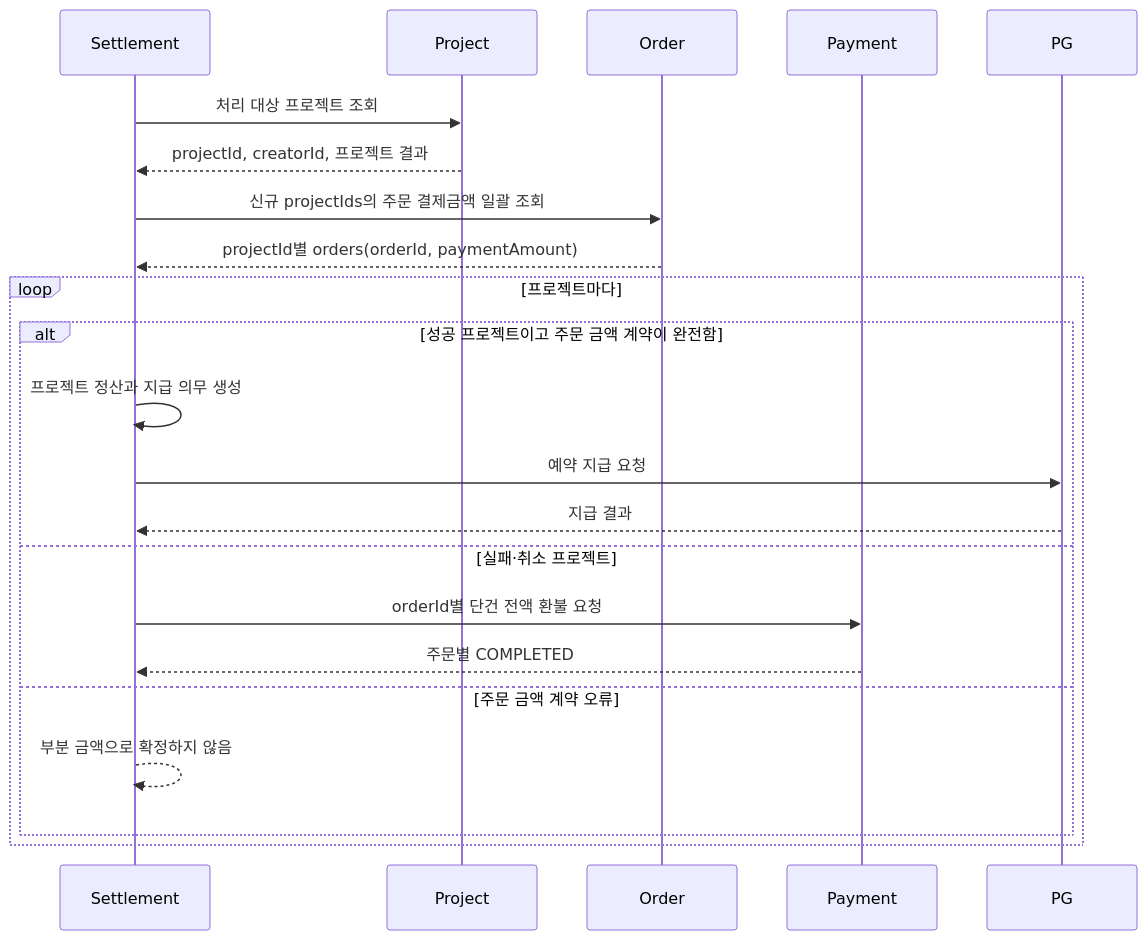
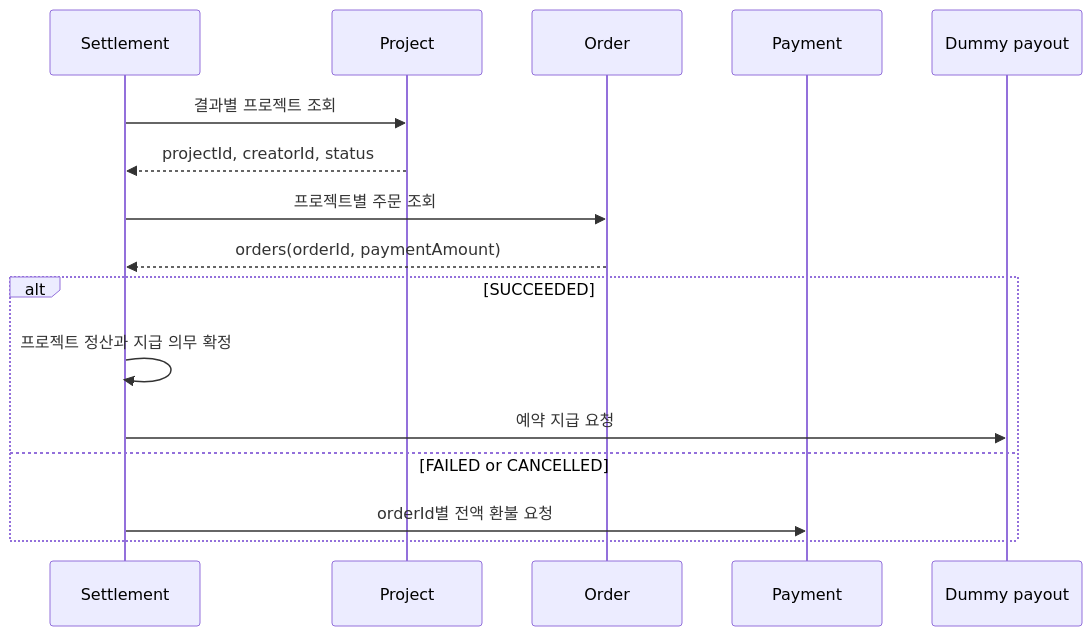
Before and after one commit to prgrms-be-adv-devcourse/beadv7_7_earlybird_BE: the diagram in settlement-service/README.md, drawn with Mermaid. The commit also changed other lines of this file, not shown here.

Commit message:
Docs: Settlement README 정리

````diff
--- a/settlement-service/README.md
+++ b/settlement-service/README.md
@@ -7,25 +14,19 @@
 ```mermaid
 sequenceDiagram
-    participant Settlement
-    participant Project
-    participant Order
-    participant Payment
-    participant PG
+    participant S as Settlement
+    participant P as Project
+    participant O as Order
+    participant Pay as Payment
+    participant PG as Dummy payout
 
-    Settlement->>Project: 처리 대상 프로젝트 조회
-    Project-->>Settlement: projectId, creatorId, 프로젝트 결과
-    Settlement->>Order: 신규 projectIds의 주문 결제금액 일괄 조회
-    Order-->>Settlement: projectId별 orders(orderId, paymentAmount)
-    loop 프로젝트마다
-        alt 성공 프로젝트이고 주문 금액 계약이 완전함
-            Settlement->>Settlement: 프로젝트 정산과 지급 의무 생성
-            Settlement->>PG: 예약 지급 요청
-            PG-->>Settlement: 지급 결과
-        else 실패·취소 프로젝트
-            Settlement->>Payment: orderId별 단건 전액 환불 요청
-            Payment-->>Settlement: 주문별 COMPLETED
-        else 주문 금액 계약 오류
-            Settlement-->>Settlement: 부분 금액으로 확정하지 않음
-        end
+    S->>P: 결과별 프로젝트 조회
+    P-->>S: projectId, creatorId, status
+    S->>O: 프로젝트별 주문 조회
+    O-->>S: orders(orderId, paymentAmount)
+    alt SUCCEEDED
+        S->>S: 프로젝트 정산과 지급 의무 확정
+        S->>PG: 예약 지급 요청
+    else FAILED or CANCELLED
+        S->>Pay: orderId별 전액 환불 요청
     end
 ```
````
